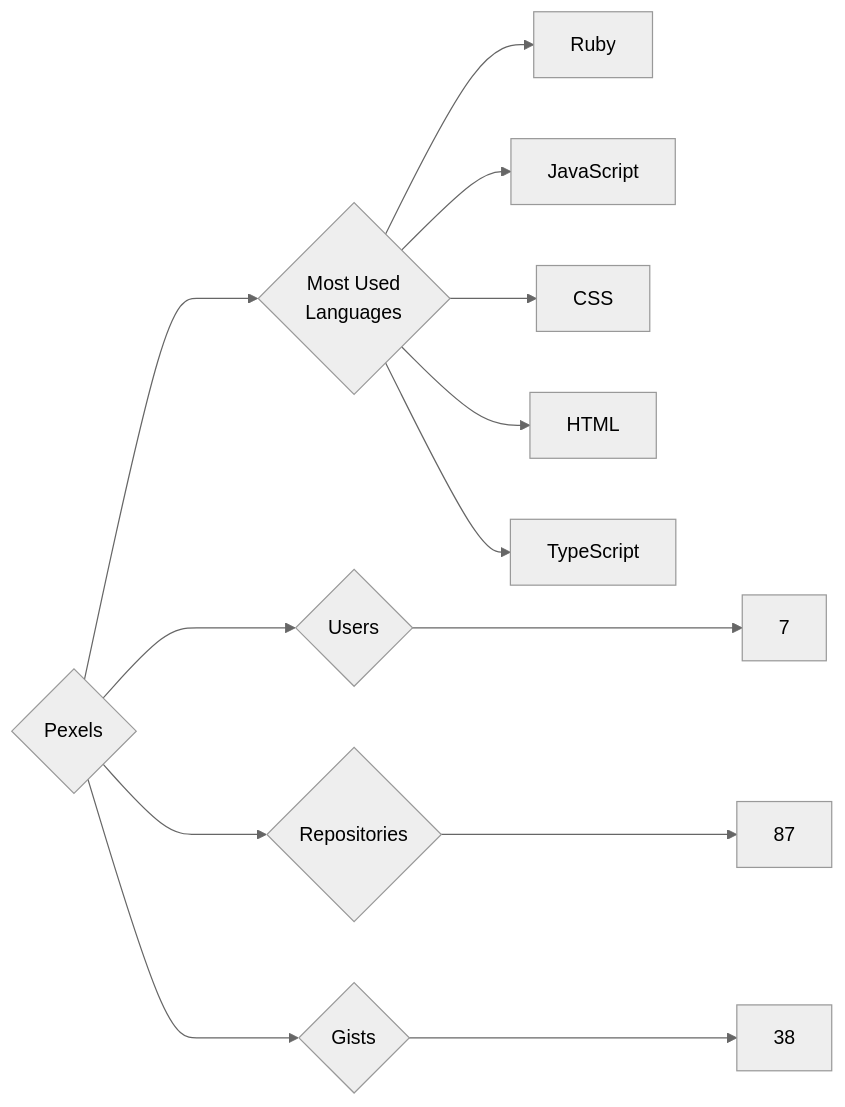
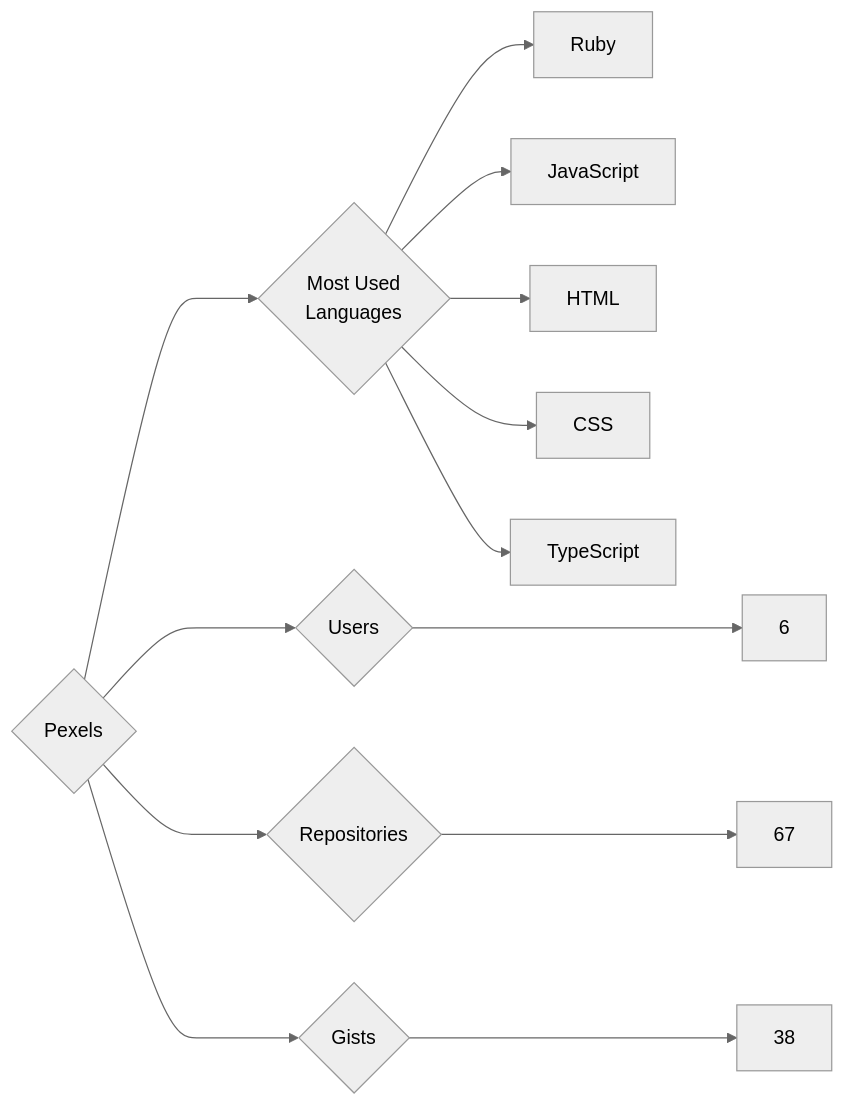
One commit to trickest/insiders changed the diagram in targets/Pexels/README.md. Above: the diagram before and after it, drawn with Mermaid (neutral theme). The commit also changed 912 other files, not shown here.

````diff
--- a/targets/Pexels/README.md
+++ b/targets/Pexels/README.md
@@ -3,13 +3,13 @@
 ```mermaid
 graph LR
 COMPANY_NAME{Pexels}
-COMPANY_NAME ---> U{Users} ---> UN[7]
-COMPANY_NAME ---> R{Repositories} ---> RN[87]
+COMPANY_NAME ---> U{Users} ---> UN[6]
+COMPANY_NAME ---> R{Repositories} ---> RN[67]
 COMPANY_NAME ---> G{Gists} ---> GN[38]
 COMPANY_NAME ---> ML{Most Used<br>Languages}
 ML --> Ruby[Ruby]
 ML --> JavaScript[JavaScript]
+ML --> HTML[HTML]
 ML --> CSS[CSS]
-ML --> HTML[HTML]
 ML --> TypeScript[TypeScript]
 ```
````
